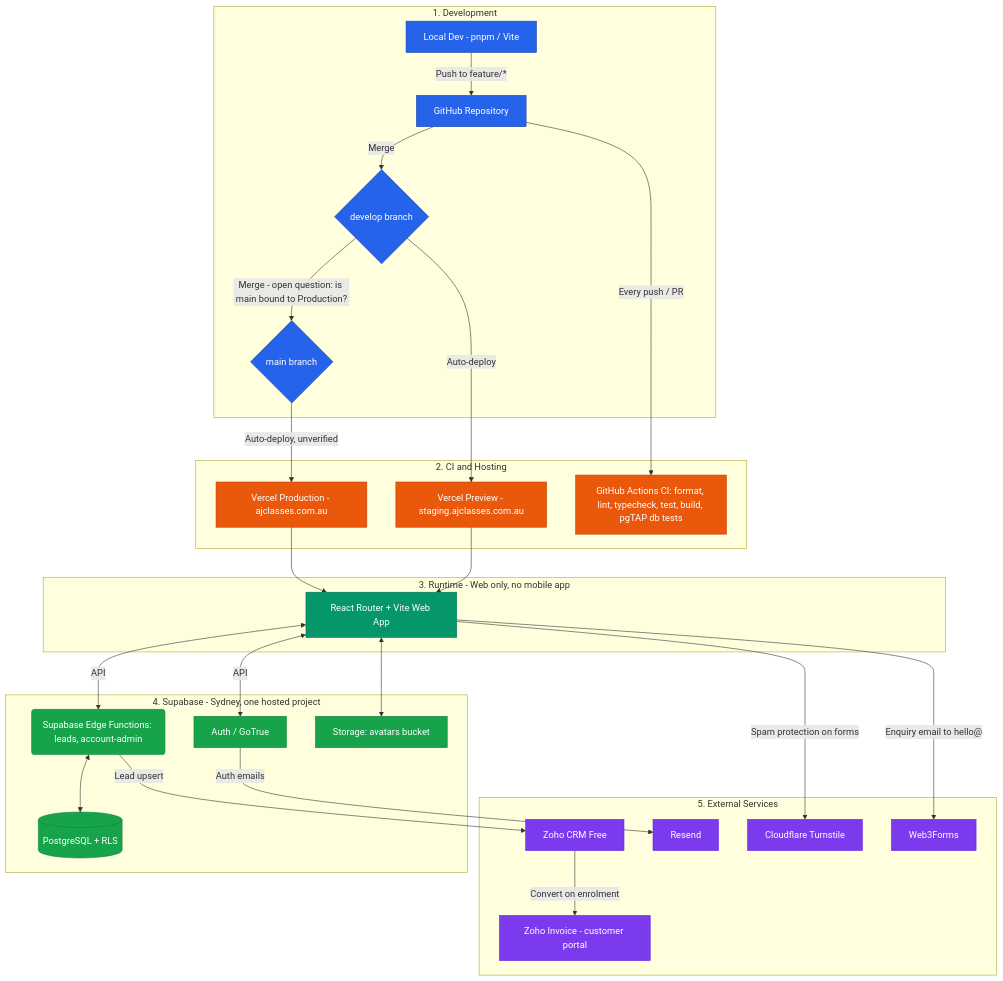
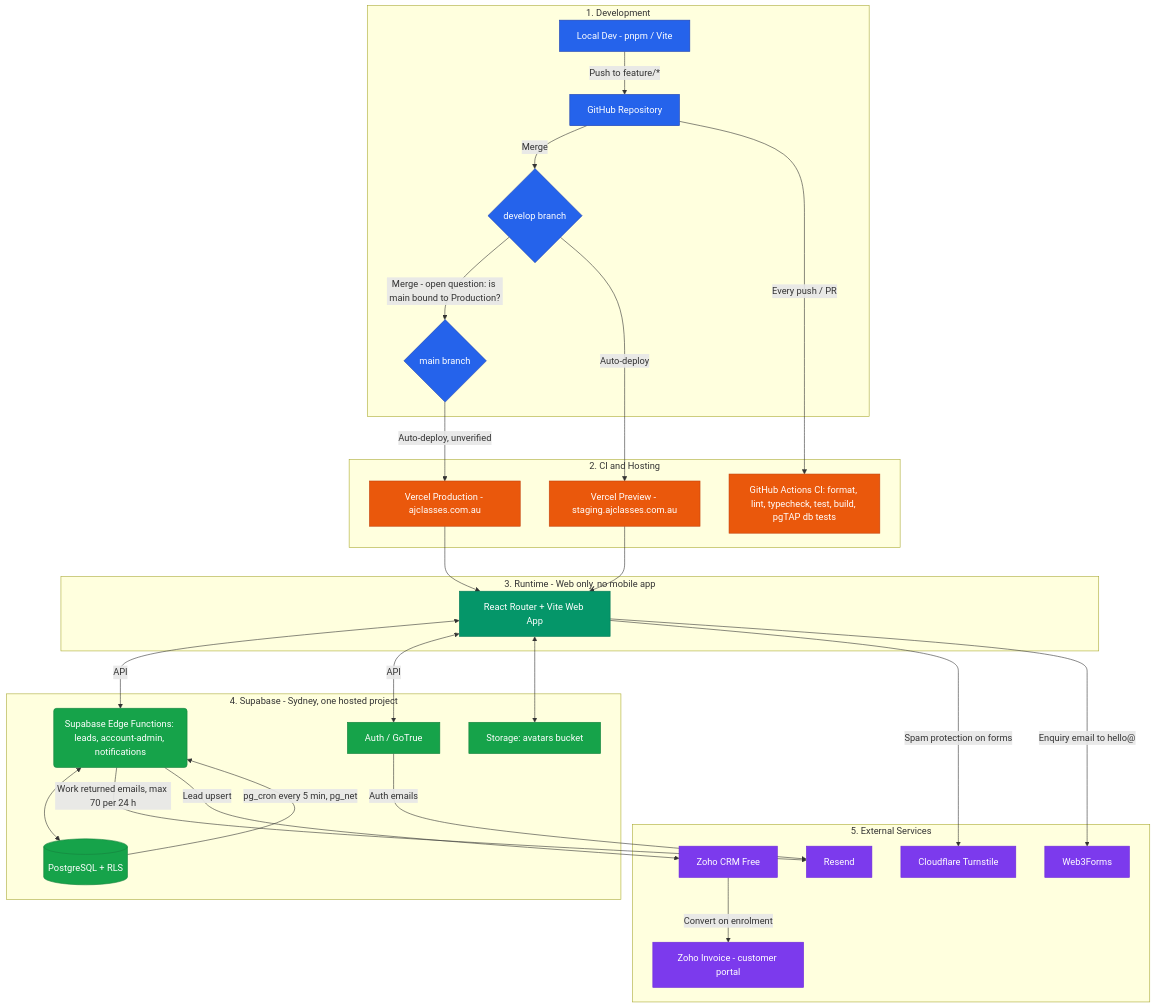
One commit to splaytech/aj_classes changed the diagram in docs/architecture/arch.md. Above: the diagram before and after it, drawn with Mermaid. The commit also changed other lines of this file and 7 other files, not shown here.

First line of the commit message:
docs(email): document the work-returned email, its runbook and release steps

````diff
--- a/docs/architecture/arch.md
+++ b/docs/architecture/arch.md
@@ -81,46 +90,48 @@
 ```mermaid
 flowchart TD
     %% Styling
     classDef dev fill:#2563eb,stroke:#1e40af,color:#fff;
     classDef cicd fill:#ea580c,stroke:#c2410c,color:#fff;
     classDef client fill:#059669,stroke:#047857,color:#fff;
     classDef backend fill:#16a34a,stroke:#15803d,color:#fff;
     classDef external fill:#7c3aed,stroke:#6d28d9,color:#fff;
 
     %% Development Layer
     subgraph DevLayer [1. Development]
         A[Local Dev - pnpm / Vite]:::dev -->|Push to feature/*| B[GitHub Repository]:::dev
         B -->|Merge| C{develop branch}:::dev
         C -->|Merge - open question: is main bound to Production?| M{main branch}:::dev
     end
 
     %% CI/CD Layer
     subgraph CICDLayer [2. CI and Hosting]
         B -->|Every push / PR| D[GitHub Actions CI: format, lint, typecheck, test, build, pgTAP db tests]:::cicd
         C -->|Auto-deploy| E[Vercel Preview - staging.ajclasses.com.au]:::cicd
         M -->|Auto-deploy, unverified| F[Vercel Production - ajclasses.com.au]:::cicd
     end
 
     %% Runtime Clients
     subgraph ClientLayer [3. Runtime - Web only, no mobile app]
         E --> G[React Router + Vite Web App]:::client
         F --> G
     end
 
     %% Managed Backend
     subgraph BackendLayer [4. Supabase - Sydney, one hosted project]
-        G <-->|API| H(Supabase Edge Functions: leads, account-admin):::backend
+        G <-->|API| H(Supabase Edge Functions: leads, account-admin, notifications):::backend
+        J -->|pg_cron every 5 min, pg_net| H
         G <-->|API| I[Auth / GoTrue]:::backend
         H <--> J[(PostgreSQL + RLS)]:::backend
         G <--> K[Storage: avatars bucket]:::backend
     end
 
     %% External Services
     subgraph ExternalLayer [5. External Services]
         I -->|Auth emails| L[Resend]:::external
+        H -->|Work returned emails, max 70 per 24 h| L
         H -->|Lead upsert| N[Zoho CRM Free]:::external
         N -->|Convert on enrolment| O[Zoho Invoice - customer portal]:::external
         G -->|Spam protection on forms| P[Cloudflare Turnstile]:::external
         G -->|Enquiry email to hello@| Q[Web3Forms]:::external
     end
 ```
````
